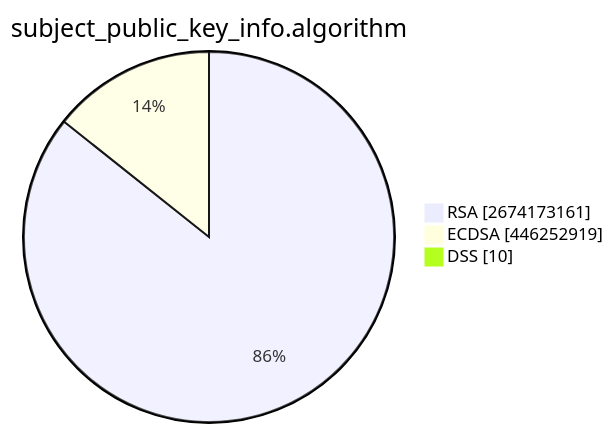
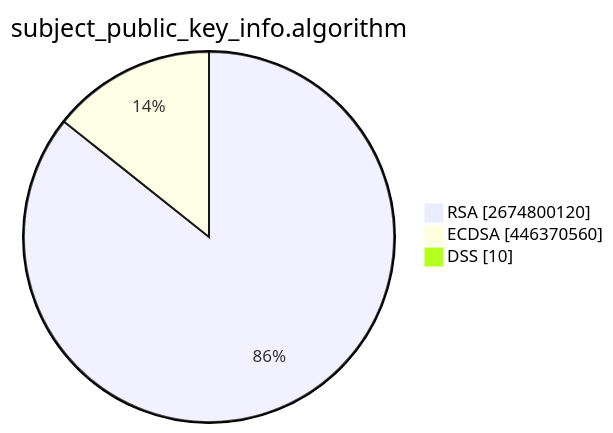
The second of 15 diagrams in TOTAL/README.md (christiankrug/ctmonitor_visualization), drawn with Mermaid before and after one commit. The commit also changed other lines of this file, not shown here.

````diff
--- a/TOTAL/README.md
+++ b/TOTAL/README.md
@@ -6,7 +6,7 @@
 ```mermaid
 pie showData
 title subject_public_key_info.algorithm
-"RSA" :2674173161
-"ECDSA" :446252919
+"RSA" :2674800120
+"ECDSA" :446370560
 "DSS" :10
 ```
````
